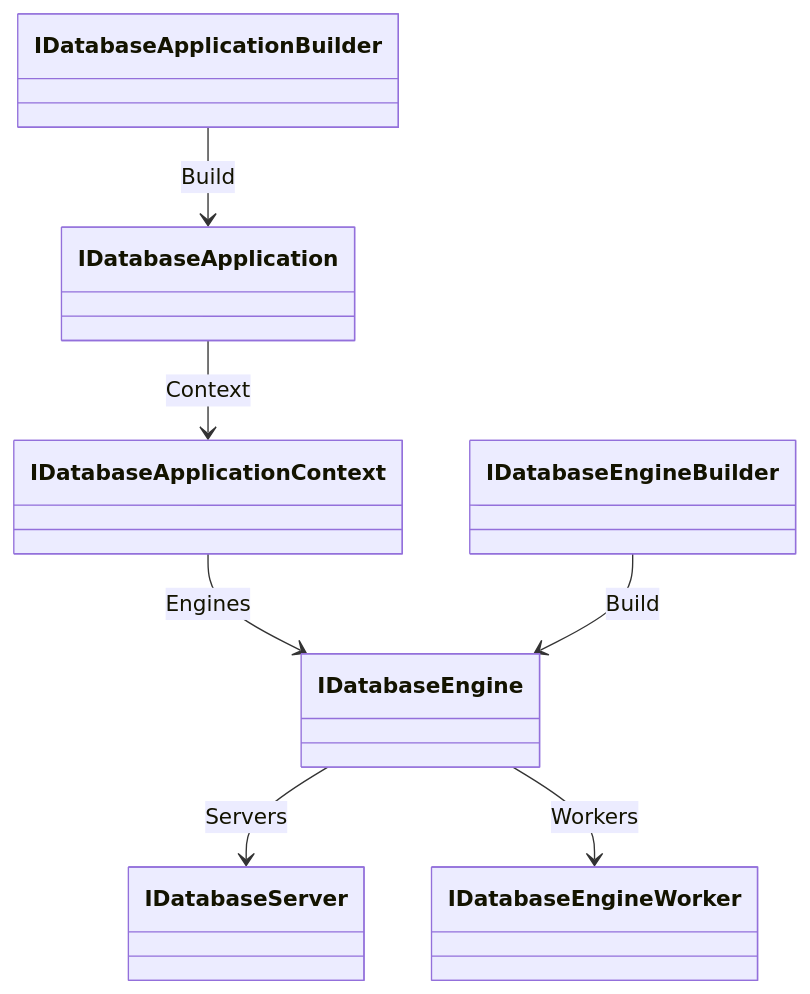
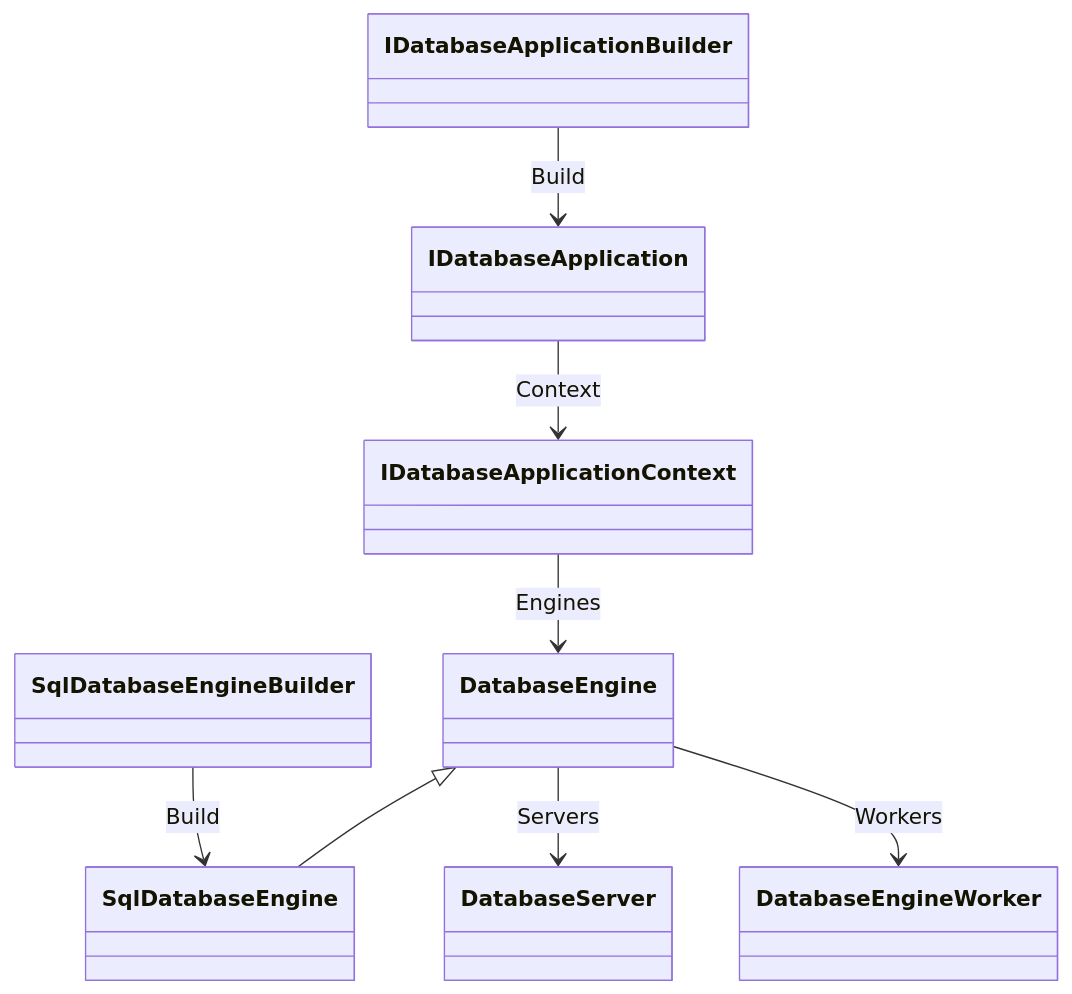
One commit to assimalign/cohesion changed the diagram in resources/Database/Assimalign.Cohesion.Database/docs/DESIGN.md. Above: the diagram before and after it, drawn with Mermaid. The commit also changed other lines of this file and 135 other files, not shown here.

````diff
--- a/resources/Database/Assimalign.Cohesion.Database/docs/DESIGN.md
+++ b/resources/Database/Assimalign.Cohesion.Database/docs/DESIGN.md
@@ -26,9 +26,10 @@
 ```mermaid
 classDiagram
     IDatabaseApplicationBuilder --> IDatabaseApplication : Build
     IDatabaseApplication --> IDatabaseApplicationContext : Context
-    IDatabaseApplicationContext --> IDatabaseEngine : Engines
-    IDatabaseEngineBuilder --> IDatabaseEngine : Build
-    IDatabaseEngine --> IDatabaseServer : Servers
-    IDatabaseEngine --> IDatabaseEngineWorker : Workers
+    IDatabaseApplicationContext --> DatabaseEngine : Engines
+    SqlDatabaseEngineBuilder --> SqlDatabaseEngine : Build
+    DatabaseEngine <|-- SqlDatabaseEngine
+    DatabaseEngine --> DatabaseServer : Servers
+    DatabaseEngine --> DatabaseEngineWorker : Workers
 ```
````
